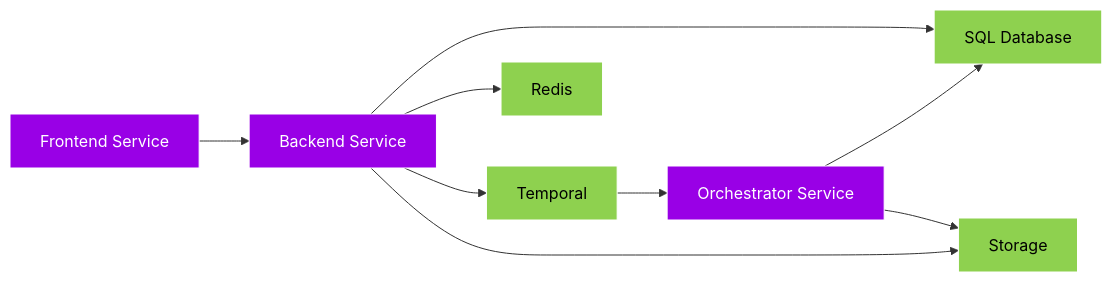
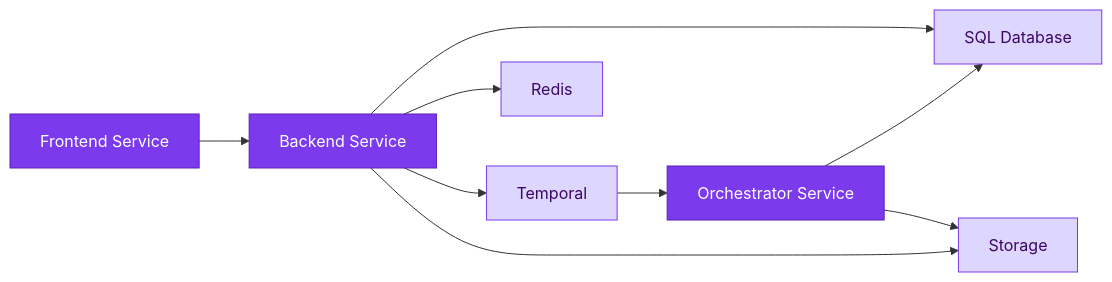
One commit to GkhanKINAY/postqueen-docs changed the diagram in howitworks.mdx. Above: the diagram before and after it, drawn with Mermaid. The commit also changed other lines of this file and 35 other files, not shown here.

````diff
--- a/howitworks.mdx
+++ b/howitworks.mdx
@@ -10,23 +12,23 @@
 ```mermaid
 flowchart LR;
-    classDef ext fill:#8ED14F,color:black,stroke:#fff
-    classDef svc fill:#9900e6,color:white,stroke:#fff
+    classDef ext fill:#ddd6fe,color:#3b0764,stroke:#7c3aed
+    classDef svc fill:#7c3aed,color:#ffffff,stroke:#5b21b6
 
     frontend[Frontend Service]:::svc
     backend[Backend Service]:::svc
     orchestrator[Orchestrator Service]:::svc
     temporal[Temporal]:::ext
     redis[Redis]:::ext
     db[SQL Database]:::ext
     storage[Storage]:::ext
 
     frontend --> backend
     backend --> db
     backend --> redis
     backend --> temporal
     temporal --> orchestrator
     orchestrator --> db
     orchestrator --> storage
     backend --> storage
 
 ```
````
